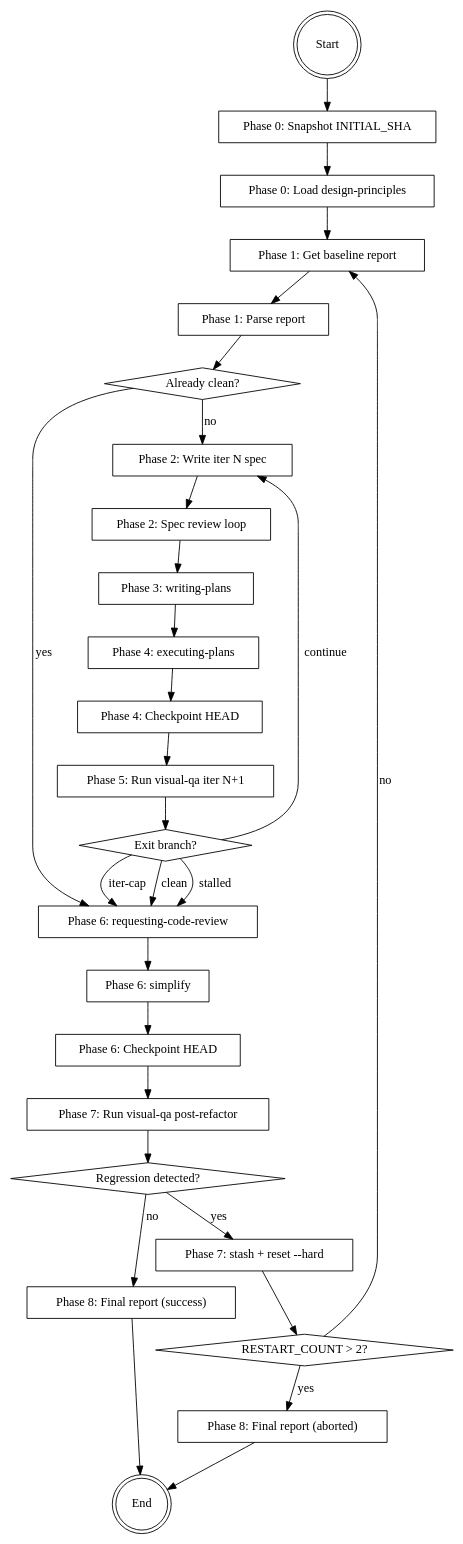
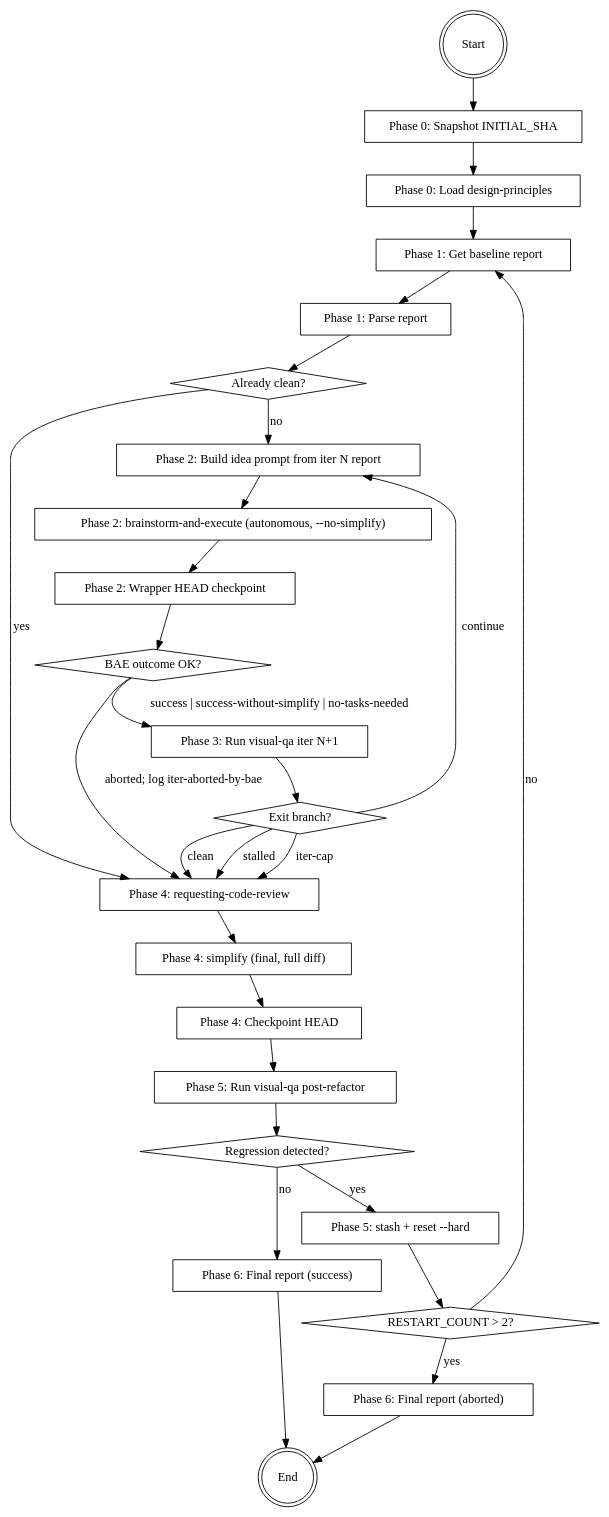
One commit to AlexandreCamillo/skills changed the diagram in visual-refine/SKILL.md. Above: the diagram before and after it, drawn with Graphviz. The commit also changed other lines of this file and 2 other files, not shown here.

Commit message:
feat(visual-refine): delegate per-iteration brainstorm to brainstorm-and-execute

````diff
--- a/visual-refine/SKILL.md
+++ b/visual-refine/SKILL.md
@@ -106,44 +118,46 @@
 ```dot
 digraph visual_refine {
     "Start" [shape=doublecircle];
     "Phase 0: Snapshot INITIAL_SHA" [shape=box];
     "Phase 0: Load design-principles" [shape=box];
     "Phase 1: Get baseline report" [shape=box];
     "Phase 1: Parse report" [shape=box];
     "Already clean?" [shape=diamond];
-    "Phase 2: Write iter N spec" [shape=box];
-    "Phase 2: Spec review loop" [shape=box];
-    "Phase 3: writing-plans" [shape=box];
-    "Phase 4: executing-plans" [shape=box];
+    "Phase 2: Build idea prompt from iter N report" [shape=box];
+    "Phase 2: brainstorm-and-execute (autonomous, --no-simplify)" [shape=box];
+    "Phase 2: Wrapper HEAD checkpoint" [shape=box];
+    "BAE outcome OK?" [shape=diamond];
+    "Phase 3: Run visual-qa iter N+1" [shape=box];
+    "Exit branch?" [shape=diamond];
+    "Phase 4: requesting-code-review" [shape=box];
+    "Phase 4: simplify (final, full diff)" [shape=box];
     "Phase 4: Checkpoint HEAD" [shape=box];
-    "Phase 5: Run visual-qa iter N+1" [shape=box];
-    "Exit branch?" [shape=diamond];
-    "Phase 6: requesting-code-review" [shape=box];
-    "Phase 6: simplify" [shape=box];
-    "Phase 6: Checkpoint HEAD" [shape=box];
-    "Phase 7: Run visual-qa post-refactor" [shape=box];
+    "Phase 5: Run visual-qa post-refactor" [shape=box];
     "Regression detected?" [shape=diamond];
-    "Phase 7: stash + reset --hard" [shape=box];
+    "Phase 5: stash + reset --hard" [shape=box];
     "RESTART_COUNT > 2?" [shape=diamond];
-    "Phase 8: Final report (aborted)" [shape=box];
-    "Phase 8: Final report (success)" [shape=box];
+    "Phase 6: Final report (aborted)" [shape=box];
+    "Phase 6: Final report (success)" [shape=box];
     "End" [shape=doublecircle];
 
     "Start" -> "Phase 0: Snapshot INITIAL_SHA" -> "Phase 0: Load design-principles" -> "Phase 1: Get baseline report" -> "Phase 1: Parse report" -> "Already clean?";
-    "Already clean?" -> "Phase 6: requesting-code-review" [label="yes"];
-    "Already clean?" -> "Phase 2: Write iter N spec" [label="no"];
-    "Phase 2: Write iter N spec" -> "Phase 2: Spec review loop" -> "Phase 3: writing-plans" -> "Phase 4: executing-plans" -> "Phase 4: Checkpoint HEAD" -> "Phase 5: Run visual-qa iter N+1" -> "Exit branch?";
-    "Exit branch?" -> "Phase 6: requesting-code-review" [label="clean"];
-    "Exit branch?" -> "Phase 6: requesting-code-review" [label="stalled"];
-    "Exit branch?" -> "Phase 6: requesting-code-review" [label="iter-cap"];
-    "Exit branch?" -> "Phase 2: Write iter N spec" [label="continue"];
-    "Phase 6: requesting-code-review" -> "Phase 6: simplify" -> "Phase 6: Checkpoint HEAD" -> "Phase 7: Run visual-qa post-refactor" -> "Regression detected?";
-    "Regression detected?" -> "Phase 8: Final report (success)" [label="no"];
-    "Regression detected?" -> "Phase 7: stash + reset --hard" [label="yes"];
-    "Phase 7: stash + reset --hard" -> "RESTART_COUNT > 2?";
-    "RESTART_COUNT > 2?" -> "Phase 8: Final report (aborted)" [label="yes"];
+    "Already clean?" -> "Phase 4: requesting-code-review" [label="yes"];
+    "Already clean?" -> "Phase 2: Build idea prompt from iter N report" [label="no"];
+    "Phase 2: Build idea prompt from iter N report" -> "Phase 2: brainstorm-and-execute (autonomous, --no-simplify)" -> "Phase 2: Wrapper HEAD checkpoint" -> "BAE outcome OK?";
+    "BAE outcome OK?" -> "Phase 3: Run visual-qa iter N+1" [label="success | success-without-simplify | no-tasks-needed"];
+    "BAE outcome OK?" -> "Phase 4: requesting-code-review" [label="aborted; log iter-aborted-by-bae"];
+    "Phase 3: Run visual-qa iter N+1" -> "Exit branch?";
+    "Exit branch?" -> "Phase 4: requesting-code-review" [label="clean"];
+    "Exit branch?" -> "Phase 4: requesting-code-review" [label="stalled"];
+    "Exit branch?" -> "Phase 4: requesting-code-review" [label="iter-cap"];
+    "Exit branch?" -> "Phase 2: Build idea prompt from iter N report" [label="continue"];
+    "Phase 4: requesting-code-review" -> "Phase 4: simplify (final, full diff)" -> "Phase 4: Checkpoint HEAD" -> "Phase 5: Run visual-qa post-refactor" -> "Regression detected?";
+    "Regression detected?" -> "Phase 6: Final report (success)" [label="no"];
+    "Regression detected?" -> "Phase 5: stash + reset --hard" [label="yes"];
+    "Phase 5: stash + reset --hard" -> "RESTART_COUNT > 2?";
+    "RESTART_COUNT > 2?" -> "Phase 6: Final report (aborted)" [label="yes"];
     "RESTART_COUNT > 2?" -> "Phase 1: Get baseline report" [label="no"];
-    "Phase 8: Final report (success)" -> "End";
-    "Phase 8: Final report (aborted)" -> "End";
+    "Phase 6: Final report (success)" -> "End";
+    "Phase 6: Final report (aborted)" -> "End";
 }
 ```
````
